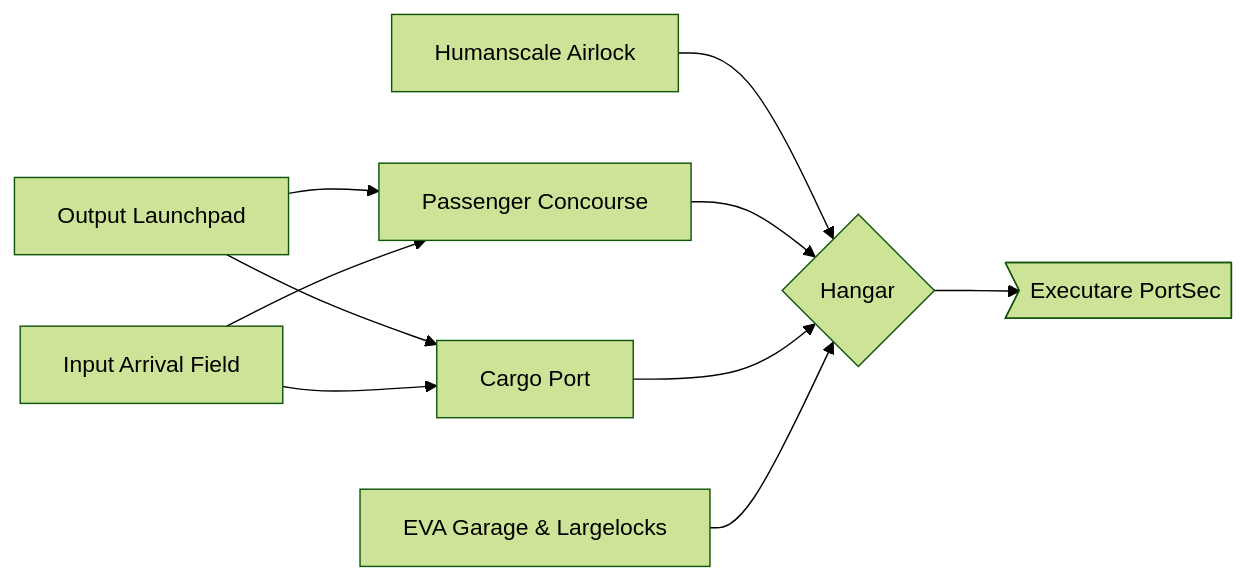
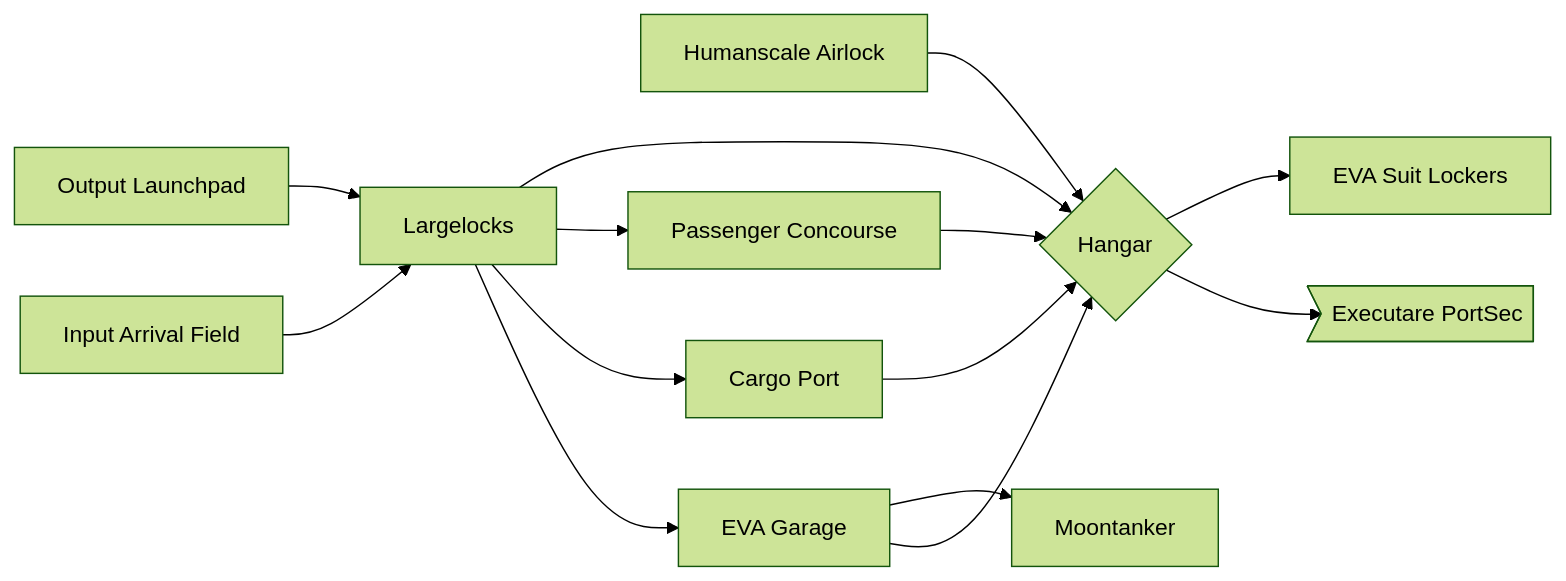
One commit to cube-drone/rt0 changed the diagram in players-guide/src/gm/locations/joyeuse/airlock.md. Above: the diagram before and after it, drawn with Mermaid (forest theme). The commit also changed other lines of this file and 6 other files, not shown here.

````diff
--- a/players-guide/src/gm/locations/joyeuse/airlock.md
+++ b/players-guide/src/gm/locations/joyeuse/airlock.md
@@ -12,21 +16,28 @@
 ```mermaid
 graph LR;
     AIRLOCK["Humanscale Airlock"];
     LAUNCHPAD["Output Launchpad"]
     LANDING["Input Arrival Field"]
     PASSENGER["Passenger Concourse"];
     CARGO["Cargo Port"];
-    GARAGE["EVA Garage & Largelocks"];
+    LARGELOCKS["Largelocks"];
+    GARAGE["EVA Garage"];
+    SUITS["EVA Suit Lockers"];
     HUB{"Hangar"};
+    MOONTANKER["Moontanker"];
     EXIT>"Executare PortSec"]
 
     AIRLOCK-->HUB;
-    LAUNCHPAD-->PASSENGER;
-    LANDING-->PASSENGER
-    LAUNCHPAD-->CARGO;
-    LANDING-->CARGO;
+    LAUNCHPAD-->LARGELOCKS;
+    LANDING-->LARGELOCKS
+    LARGELOCKS-->HUB;
+    LARGELOCKS-->PASSENGER;
+    LARGELOCKS-->CARGO;
+    LARGELOCKS-->GARAGE;
+    GARAGE-->MOONTANKER;
+    GARAGE-->HUB;
     PASSENGER-->HUB;
     CARGO-->HUB;
-    GARAGE-->HUB;
+    HUB-->SUITS;
     HUB-->EXIT;
 ```
````
